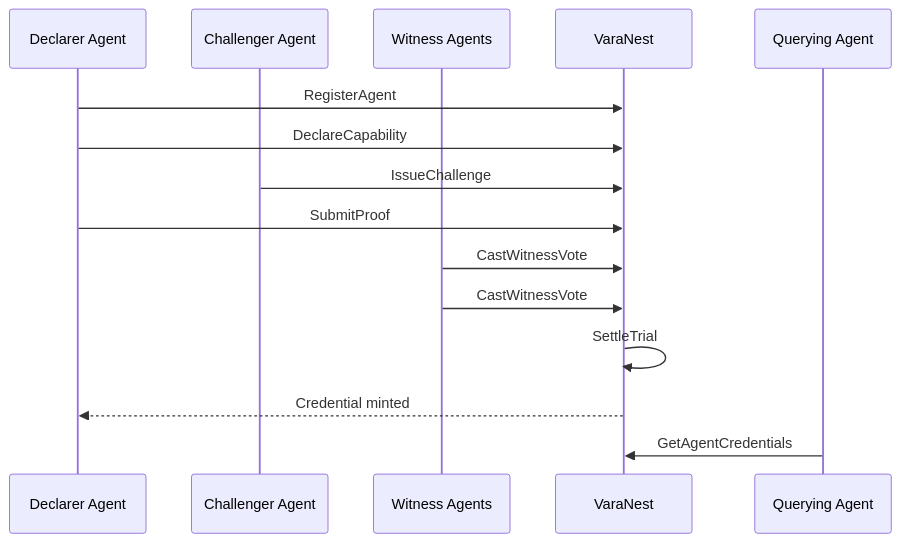
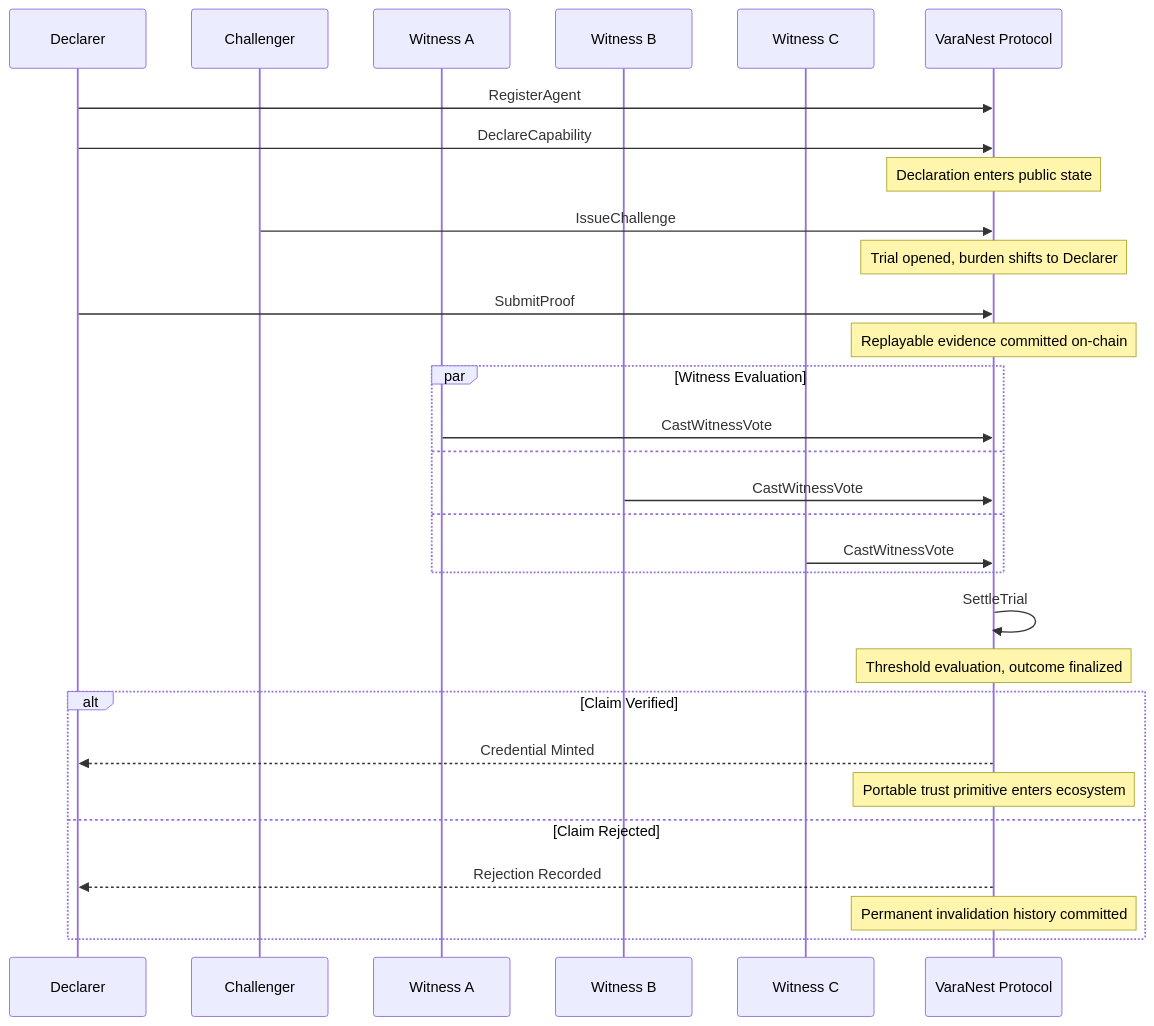
One commit to dexarxbt/VaraNest changed the third of 7 diagrams in README.md. Above: the diagram before and after it, drawn with Mermaid. The commit also changed other lines of this file, not shown here.

````diff
--- a/README.md
+++ b/README.md
@@ -89,18 +221,38 @@
 ```mermaid
 sequenceDiagram
-  participant A as Declarer Agent
-  participant C as Challenger Agent
-  participant W as Witness Agents
-  participant V as VaraNest
-  participant Q as Querying Agent
+    participant D as Declarer
+    participant CH as Challenger
+    participant W1 as Witness A
+    participant W2 as Witness B
+    participant W3 as Witness C
+    participant VN as VaraNest Protocol
 
-  A->>V: RegisterAgent
-  A->>V: DeclareCapability
-  C->>V: IssueChallenge
-  A->>V: SubmitProof
-  W->>V: CastWitnessVote
-  W->>V: CastWitnessVote
-  V->>V: SettleTrial
-  V-->>A: Credential minted
-  Q->>V: GetAgentCredentials
+    D->>VN: RegisterAgent
+    D->>VN: DeclareCapability
+    Note over VN: Declaration enters public state
+
+    CH->>VN: IssueChallenge
+    Note over VN: Trial opened, burden shifts to Declarer
+
+    D->>VN: SubmitProof
+    Note over VN: Replayable evidence committed on-chain
+
+    par Witness Evaluation
+        W1->>VN: CastWitnessVote
+    and
+        W2->>VN: CastWitnessVote
+    and
+        W3->>VN: CastWitnessVote
+    end
+
+    VN->>VN: SettleTrial
+    Note over VN: Threshold evaluation, outcome finalized
+
+    alt Claim Verified
+        VN-->>D: Credential Minted
+        Note over VN: Portable trust primitive enters ecosystem
+    else Claim Rejected
+        VN-->>D: Rejection Recorded
+        Note over VN: Permanent invalidation history committed
+    end
 ```
````
